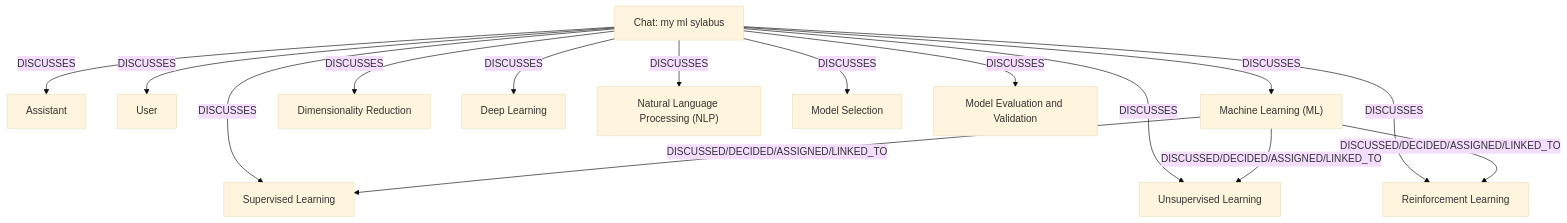
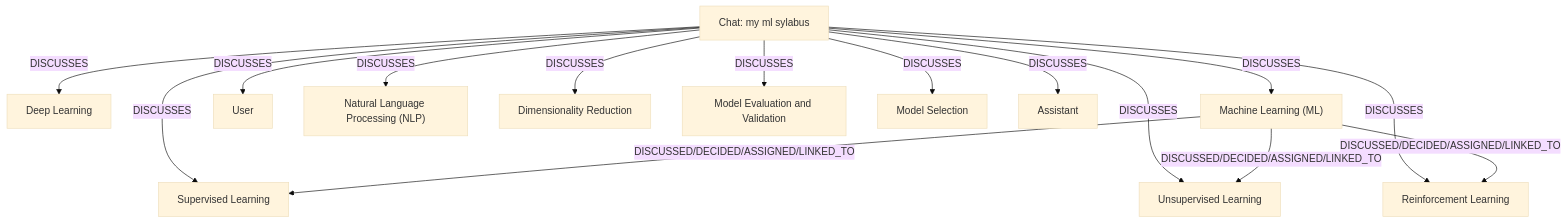
One commit to ankit-sengupta05/cyborg changed the diagram in AI_OS/Ontology/Ontology_Machine_Learning.md. Above: the diagram before and after it, drawn with Mermaid (base theme). The commit also changed other lines of this file and 10 other files, not shown here.

````diff
--- a/AI_OS/Ontology/Ontology_Machine_Learning.md
+++ b/AI_OS/Ontology/Ontology_Machine_Learning.md
@@ -26,29 +26,29 @@
 ```mermaid
 graph TD
-    n0["Assistant"]
-    n1["User"]
+    n0["Deep Learning"]
+    n1["Reinforcement Learning"]
     n2["Machine Learning (ML)"]
-    n3["Reinforcement Learning"]
-    n4["Supervised Learning"]
+    n3["User"]
+    n4["Natural Language Processing (NLP)"]
     n5["Dimensionality Reduction"]
-    n6["Deep Learning"]
-    n7["Natural Language Processing (NLP)"]
-    n8["Unsupervised Learning"]
+    n6["Model Evaluation and Validation"]
+    n7["Unsupervised Learning"]
+    n8["Chat: my ml sylabus"]
     n9["Model Selection"]
-    n10["Chat: my ml sylabus"]
-    n11["Model Evaluation and Validation"]
-    n10 -->|DISCUSSES| n2
-    n10 -->|DISCUSSES| n4
-    n10 -->|DISCUSSES| n8
-    n10 -->|DISCUSSES| n3
-    n10 -->|DISCUSSES| n5
-    n10 -->|DISCUSSES| n11
-    n10 -->|DISCUSSES| n9
-    n10 -->|DISCUSSES| n6
-    n10 -->|DISCUSSES| n7
-    n2 -->|DISCUSSED/DECIDED/ASSIGNED/LINKED_TO| n4
-    n2 -->|DISCUSSED/DECIDED/ASSIGNED/LINKED_TO| n8
-    n2 -->|DISCUSSED/DECIDED/ASSIGNED/LINKED_TO| n3
-    n10 -->|DISCUSSES| n1
-    n10 -->|DISCUSSES| n0
+    n10["Supervised Learning"]
+    n11["Assistant"]
+    n8 -->|DISCUSSES| n2
+    n8 -->|DISCUSSES| n10
+    n8 -->|DISCUSSES| n7
+    n8 -->|DISCUSSES| n1
+    n8 -->|DISCUSSES| n5
+    n8 -->|DISCUSSES| n6
+    n8 -->|DISCUSSES| n9
+    n8 -->|DISCUSSES| n0
+    n8 -->|DISCUSSES| n4
+    n2 -->|DISCUSSED/DECIDED/ASSIGNED/LINKED_TO| n10
+    n2 -->|DISCUSSED/DECIDED/ASSIGNED/LINKED_TO| n7
+    n2 -->|DISCUSSED/DECIDED/ASSIGNED/LINKED_TO| n1
+    n8 -->|DISCUSSES| n3
+    n8 -->|DISCUSSES| n11
 ```
````
